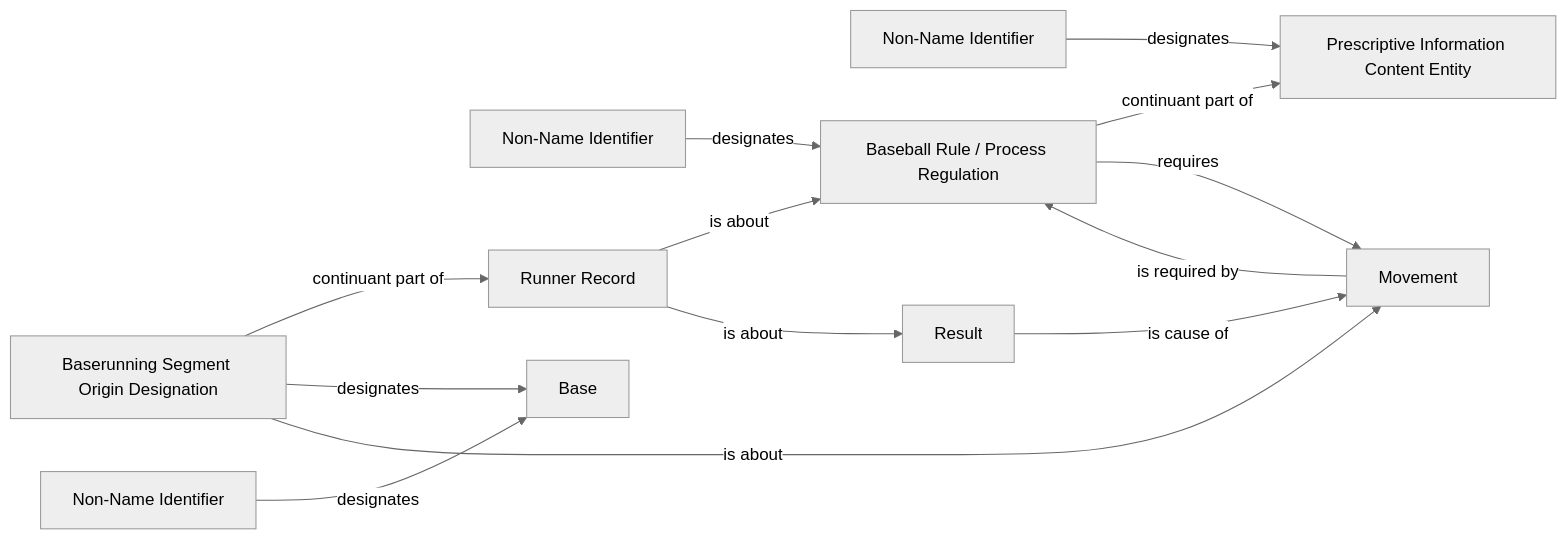
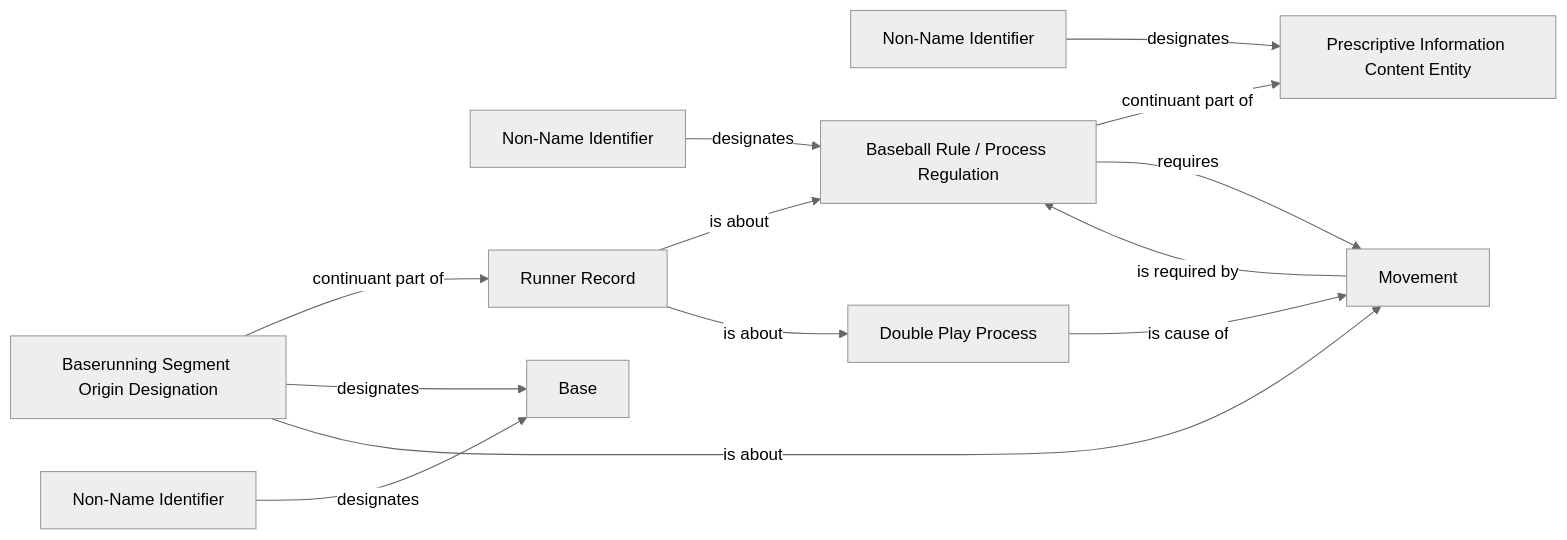
Before and after one commit to CarterBeauBenson/BaseballO: the diagram in Baseball/mermaid/patterns/ontology/63-award-cause-and-segment-origin.md, drawn with Mermaid (neutral theme). The commit also changed other lines of this file and 159 other files, not shown here.

Commit message:
Repair compound double-play results with targeted NiFi additions

````diff
--- a/Baseball/mermaid/patterns/ontology/63-award-cause-and-segment-origin.md
+++ b/Baseball/mermaid/patterns/ontology/63-award-cause-and-segment-origin.md
@@ -10,25 +10,25 @@
 ```mermaid
 flowchart LR
     N01["Non-Name Identifier"]
     N02["Prescriptive Information Content Entity"]
     N03["Non-Name Identifier"]
     N04["Baseball Rule / Process Regulation"]
-    N05["Result"]
+    N05["Double Play Process"]
     N06["Movement"]
     N07["Runner Record"]
     N08["Baserunning Segment Origin Designation"]
     N09["Base"]
     N10["Non-Name Identifier"]
     N01 -->|designates| N02
     N03 -->|designates| N04
     N04 -->|continuant part of| N02
     N04 -->|requires| N06
     N05 -->|is cause of| N06
     N06 -->|is required by| N04
     N07 -->|is about| N04
     N07 -->|is about| N05
     N08 -->|continuant part of| N07
     N08 -->|designates| N09
     N08 -->|is about| N06
     N10 -->|designates| N09
 ```
````
